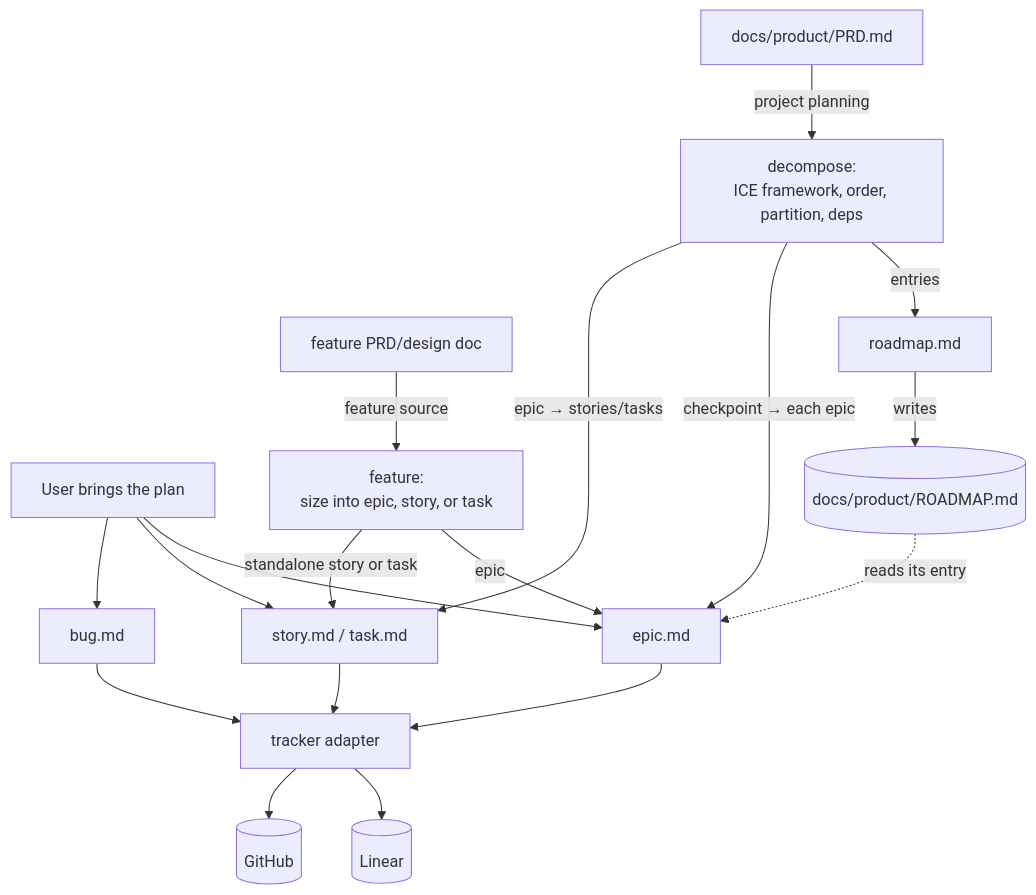
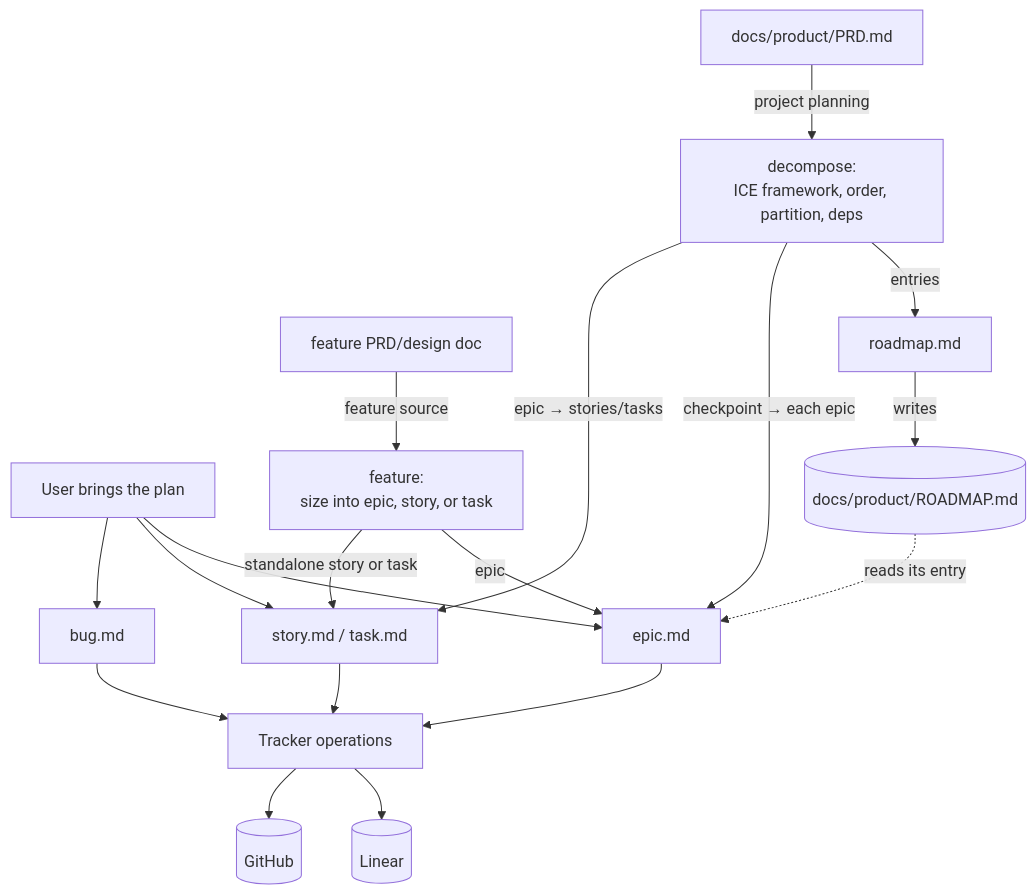
The diagram in skills/product/epic-tracker/README.md (adeonir/agent-skills), drawn with Mermaid before and after one commit. The commit also changed other lines of this file and 12 other files, not shown here.

````diff
--- a/skills/product/epic-tracker/README.md
+++ b/skills/product/epic-tracker/README.md
@@ -7,20 +7,20 @@
 ```mermaid
 flowchart TD
     USER[User brings the plan] --> EP[epic.md]
     USER --> STK[story.md / task.md]
     USER --> BG[bug.md]
     PRD[docs/product/PRD.md] -->|project planning| DEC[decompose:<br>ICE framework, order, partition, deps]
     FPRD[feature PRD/design doc] -->|feature source| FT[feature:<br>size into epic, story, or task]
     FT -->|epic| EP
     FT -->|standalone story or task| STK
     DEC -->|entries| RW[roadmap.md]
     RW -->|writes| RM[(docs/product/ROADMAP.md)]
     DEC -->|checkpoint → each epic| EP
     RM -.reads its entry.-> EP
     DEC -->|epic → stories/tasks| STK
-    EP --> SY[tracker adapter]
+    EP --> SY[Tracker operations]
     STK --> SY
     BG --> SY
     SY --> LN[(Linear)]
     SY --> GH[(GitHub)]
 ```
````
